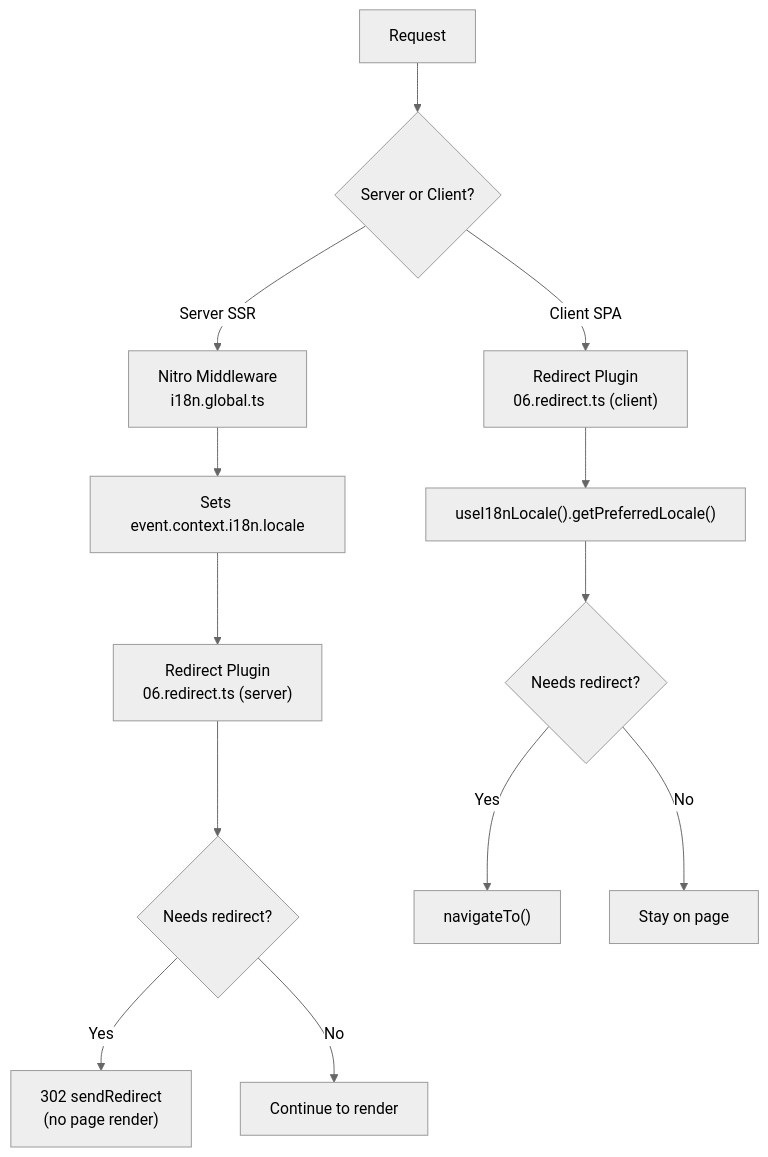
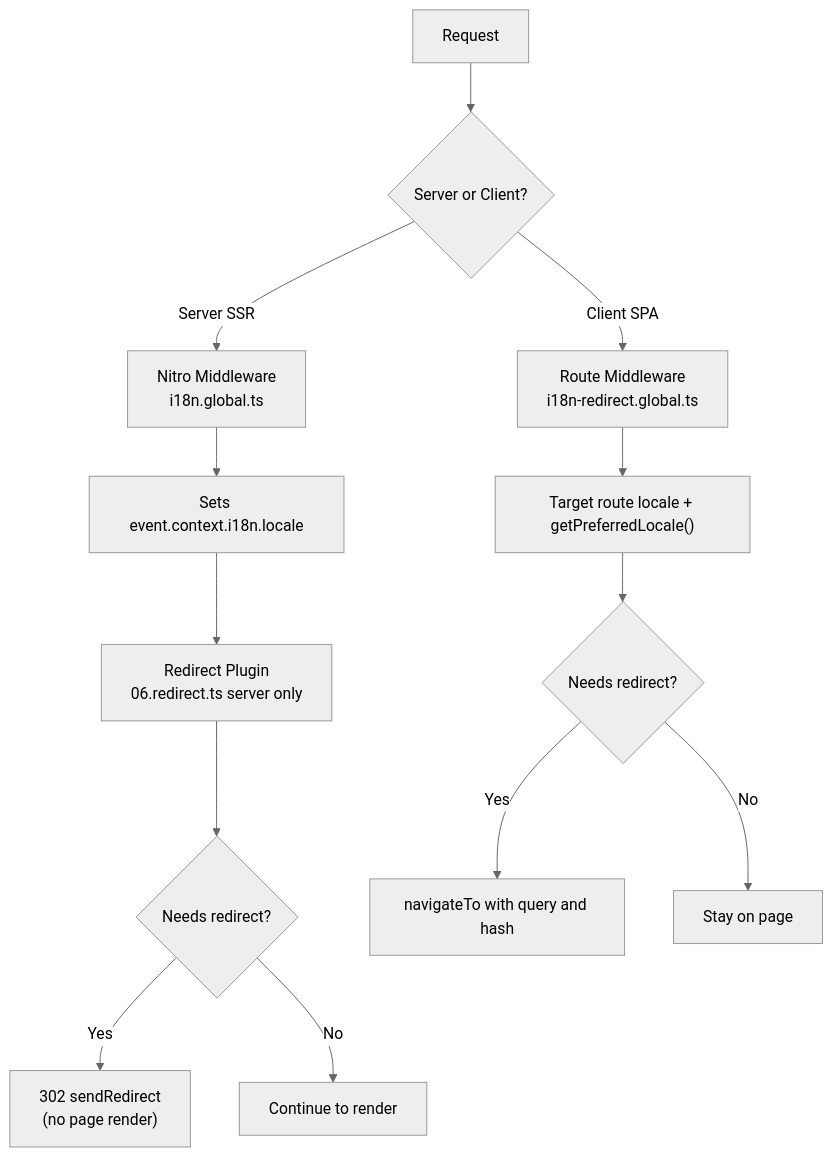
One commit to s00d/nuxt-i18n-micro changed the second of 2 diagrams in docs/guide/strategy.md. Above: the diagram before and after it, drawn with Mermaid (neutral theme). The commit also changed other lines of this file and 13 other files, not shown here.

First line of the commit message:
docs: sync guides with PR #229 runtime architecture

````diff
--- a/docs/guide/strategy.md
+++ b/docs/guide/strategy.md
@@ -116,17 +116,17 @@
 ```mermaid
 flowchart TB
     A["Request"] --> B{Server or Client?}
 
     B -->|Server SSR| C["Nitro Middleware<br/>i18n.global.ts"]
     C --> D["Sets event.context.i18n.locale"]
-    D --> E["Redirect Plugin<br/>06.redirect.ts (server)"]
+    D --> E["Redirect Plugin<br/>06.redirect.ts server only"]
     E --> F{Needs redirect?}
     F -->|Yes| G["302 sendRedirect<br/>(no page render)"]
     F -->|No| H["Continue to render"]
 
-    B -->|Client SPA| I["Redirect Plugin<br/>06.redirect.ts (client)"]
-    I --> J["useI18nLocale().getPreferredLocale()"]
+    B -->|Client SPA| I["Route Middleware<br/>i18n-redirect.global.ts"]
+    I --> J["Target route locale + getPreferredLocale()"]
     J --> K{Needs redirect?}
-    K -->|Yes| L["navigateTo()"]
+    K -->|Yes| L["navigateTo with query and hash"]
     K -->|No| M["Stay on page"]
 ```
````
